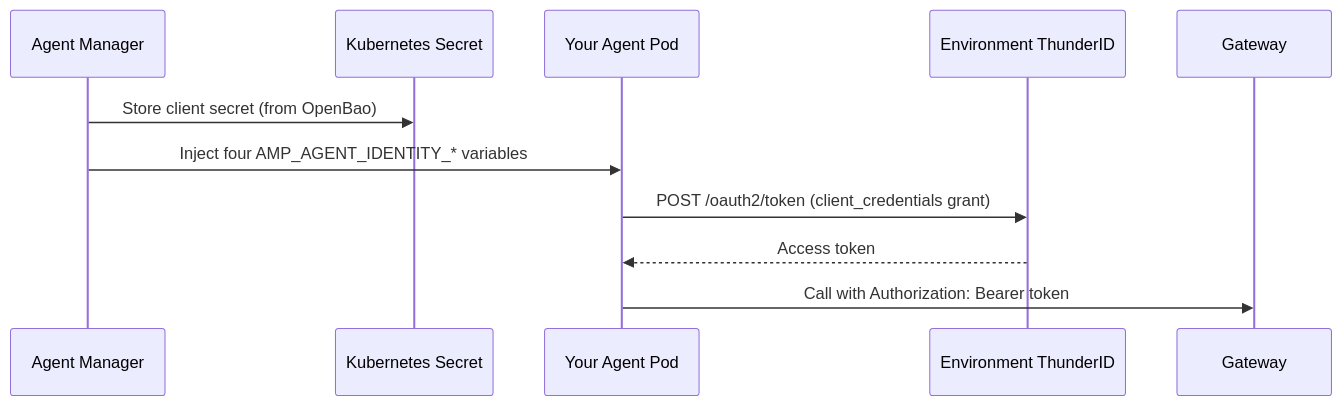
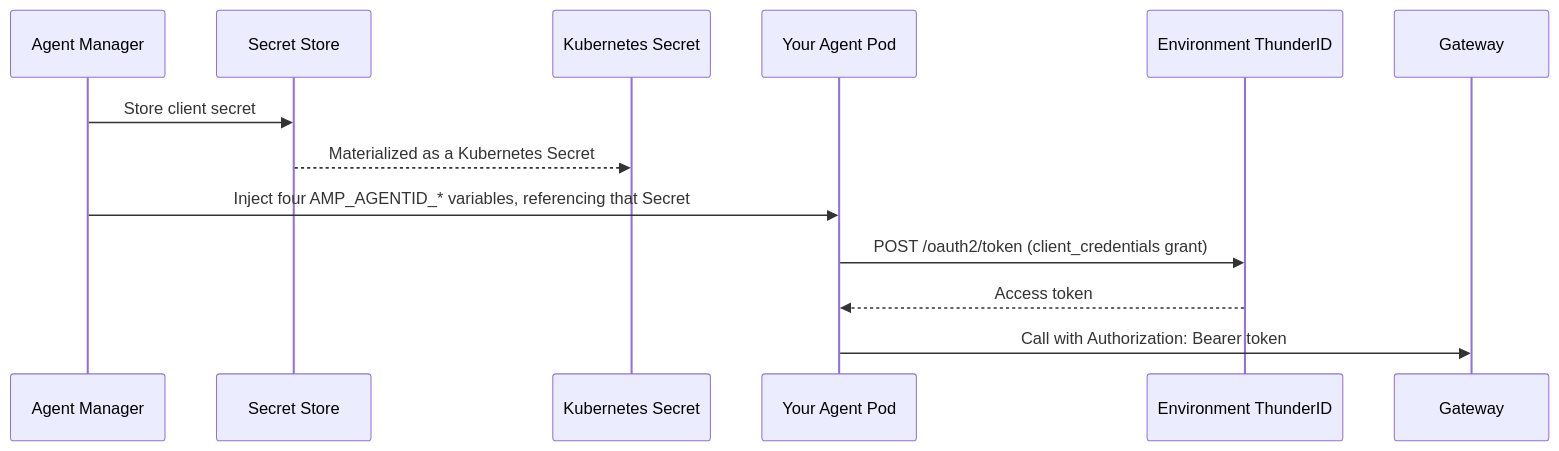
One commit to IsuruVithanage/docs-agent-platform changed the diagram in docs/tutorials/use-agentid-in-platform-hosted-agents.mdx. Above: the diagram before and after it, drawn with Mermaid. The commit also changed other lines of this file, not shown here.

Commit message:
docs(agentid): correct provisioning triggers, secret storage naming, and pod-restart claims

````diff
--- a/docs/tutorials/use-agentid-in-platform-hosted-agents.mdx
+++ b/docs/tutorials/use-agentid-in-platform-hosted-agents.mdx
@@ -30,14 +31,16 @@
 ```mermaid
 sequenceDiagram
     participant AM as Agent Manager
+    participant SS as Secret Store
     participant K8s as Kubernetes Secret
     participant Pod as Your Agent Pod
     participant TID as Environment ThunderID
     participant GW as Gateway
 
-    AM->>K8s: Store client secret (from OpenBao)
-    AM->>Pod: Inject four AMP_AGENT_IDENTITY_* variables
+    AM->>SS: Store client secret
+    SS-->>K8s: Materialized as a Kubernetes Secret
+    AM->>Pod: Inject four AMP_AGENTID_* variables, referencing that Secret
     Pod->>TID: POST /oauth2/token (client_credentials grant)
     TID-->>Pod: Access token
     Pod->>GW: Call with Authorization: Bearer token
 ```
````
